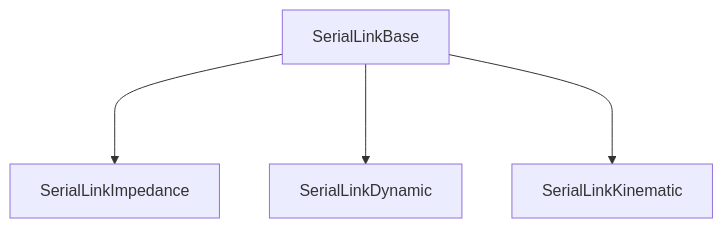
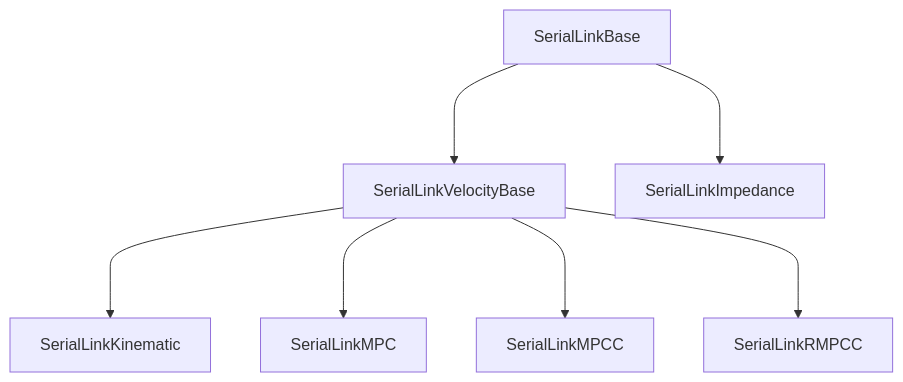
Before and after one commit to ChonghaoCheng/software_robot_library: the second of 2 diagrams in Control/README.md, drawn with Mermaid. The commit also changed other lines of this file and 111 other files, not shown here.

````diff
--- a/Control/README.md
+++ b/Control/README.md
@@ -25,8 +45,11 @@
 ```mermaid
   graph TD
 
+      SerialLinkBase ---> SerialLinkVelocityBase
       SerialLinkBase ---> SerialLinkImpedance
-      SerialLinkBase ---> SerialLinkDynamic
-      SerialLinkBase ---> SerialLinkKinematic
+      SerialLinkVelocityBase ---> SerialLinkKinematic
+      SerialLinkVelocityBase ---> SerialLinkMPC
+      SerialLinkVelocityBase ---> SerialLinkMPCC
+      SerialLinkVelocityBase ---> SerialLinkRMPCC
 
 ```
````
